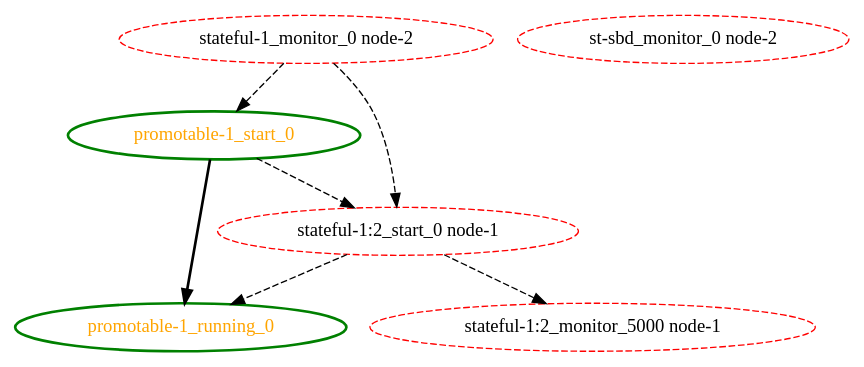
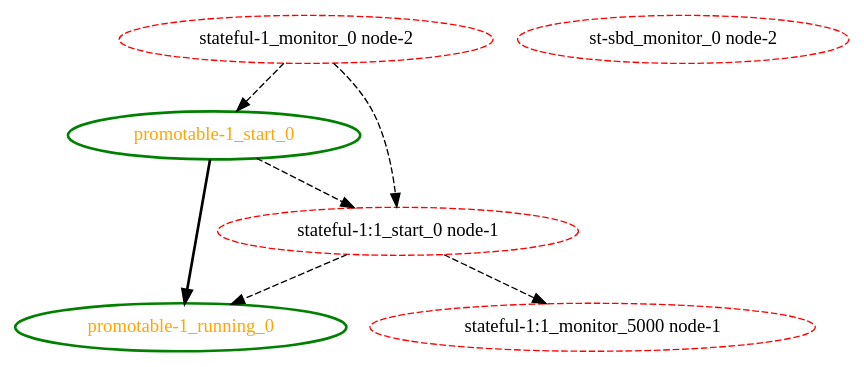
The diagram in cts/scheduler/dot/leftover-pending-monitor.dot (ClusterLabs/pacemaker), drawn with Graphviz before and after one commit. The commit also changed 2 other files, not shown here.

```diff
--- a/cts/scheduler/dot/leftover-pending-monitor.dot
+++ b/cts/scheduler/dot/leftover-pending-monitor.dot
@@ -1,14 +1,14 @@
  digraph "g" {
 "promotable-1_running_0" [ style=bold color="green" fontcolor="orange"]
 "promotable-1_start_0" -> "promotable-1_running_0" [ style = bold]
-"promotable-1_start_0" -> "stateful-1:2_start_0 node-1" [ style = dashed]
+"promotable-1_start_0" -> "stateful-1:1_start_0 node-1" [ style = dashed]
 "promotable-1_start_0" [ style=bold color="green" fontcolor="orange"]
 "st-sbd_monitor_0 node-2" [ style=dashed color="red" fontcolor="black"]
-"stateful-1:2_monitor_5000 node-1" [ style=dashed color="red" fontcolor="black"]
-"stateful-1:2_start_0 node-1" -> "promotable-1_running_0" [ style = dashed]
-"stateful-1:2_start_0 node-1" -> "stateful-1:2_monitor_5000 node-1" [ style = dashed]
-"stateful-1:2_start_0 node-1" [ style=dashed color="red" fontcolor="black"]
+"stateful-1:1_monitor_5000 node-1" [ style=dashed color="red" fontcolor="black"]
+"stateful-1:1_start_0 node-1" -> "promotable-1_running_0" [ style = dashed]
+"stateful-1:1_start_0 node-1" -> "stateful-1:1_monitor_5000 node-1" [ style = dashed]
+"stateful-1:1_start_0 node-1" [ style=dashed color="red" fontcolor="black"]
 "stateful-1_monitor_0 node-2" -> "promotable-1_start_0" [ style = dashed]
-"stateful-1_monitor_0 node-2" -> "stateful-1:2_start_0 node-1" [ style = dashed]
+"stateful-1_monitor_0 node-2" -> "stateful-1:1_start_0 node-1" [ style = dashed]
 "stateful-1_monitor_0 node-2" [ style=dashed color="red" fontcolor="black"]
 }
```
